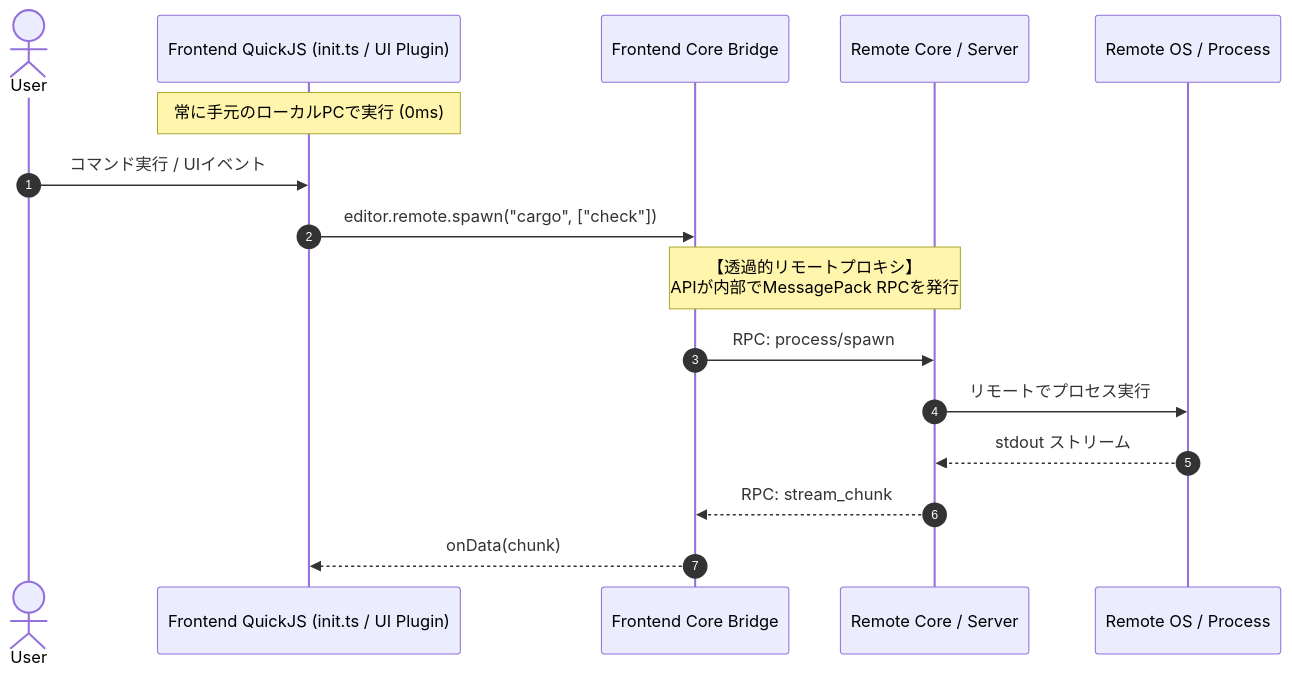
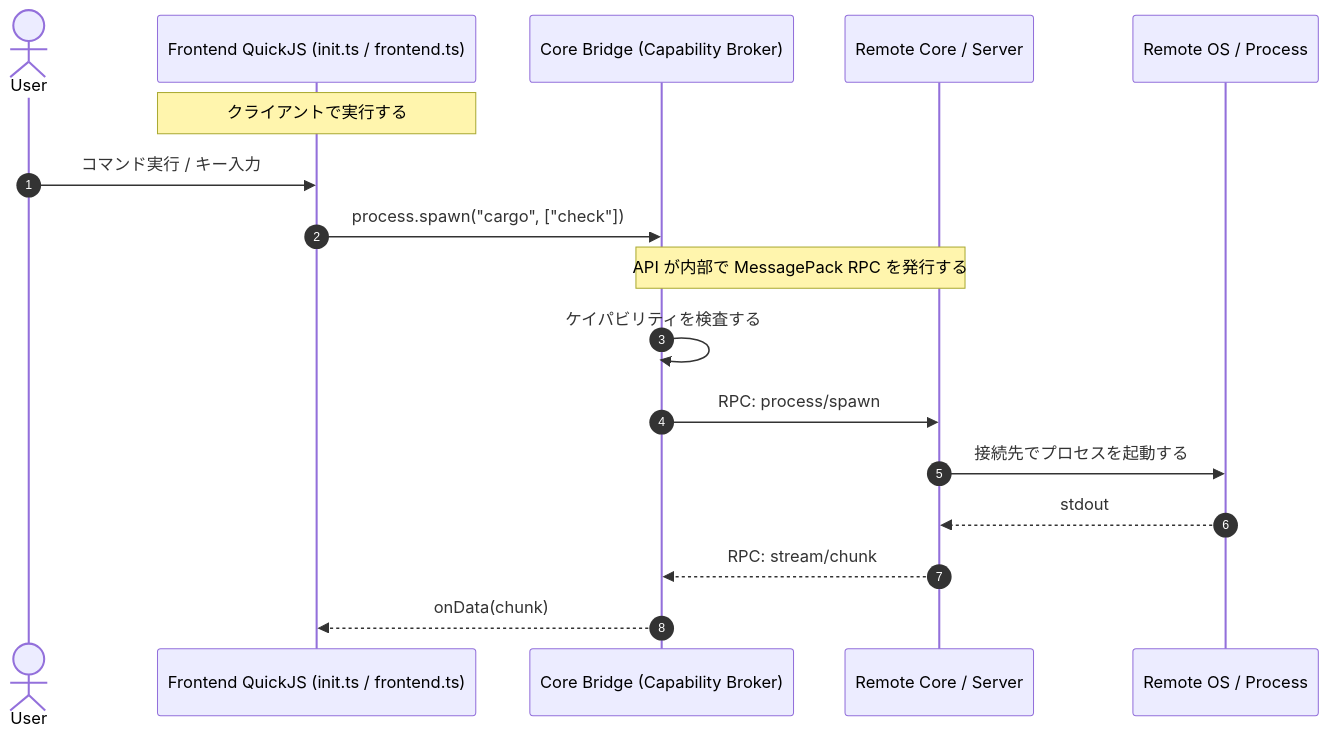
The diagram in docs/plugin-system.md (nazo6/vy), drawn with Mermaid before and after one commit. The commit also changed other lines of this file and 14 other files, not shown here.

````diff
--- a/docs/plugin-system.md
+++ b/docs/plugin-system.md
@@ -41,20 +81,20 @@
 ```mermaid
 sequenceDiagram
     autonumber
     actor User
-    participant FrontendJS as Frontend QuickJS (init.ts / UI Plugin)
-    participant CoreProxy as Frontend Core Bridge
+    participant FrontendJS as Frontend QuickJS (init.ts / frontend.ts)
+    participant Bridge as Core Bridge (Capability Broker)
     participant RemoteServer as Remote Core / Server
     participant OS as Remote OS / Process
 
-    Note over FrontendJS: 常に手元のローカルPCで実行 (0ms)
-    User->>FrontendJS: コマンド実行 / UIイベント
-    FrontendJS->>CoreProxy: editor.remote.spawn("cargo", ["check"])
-    
-    Note over CoreProxy,RemoteServer: 【透過的リモートプロキシ】<br>APIが内部でMessagePack RPCを発行
-    CoreProxy->>RemoteServer: RPC: process/spawn
-    RemoteServer->>OS: リモートでプロセス実行
-    OS-->>RemoteServer: stdout ストリーム
-    RemoteServer-->>CoreProxy: RPC: stream_chunk
-    CoreProxy-->>FrontendJS: onData(chunk)
+    Note over FrontendJS: クライアントで実行する
+    User->>FrontendJS: コマンド実行 / キー入力
+    FrontendJS->>Bridge: process.spawn("cargo", ["check"])
+    Note over Bridge,RemoteServer: API が内部で MessagePack RPC を発行する
+    Bridge->>Bridge: ケイパビリティを検査する
+    Bridge->>RemoteServer: RPC: process/spawn
+    RemoteServer->>OS: 接続先でプロセスを起動する
+    OS-->>RemoteServer: stdout
+    RemoteServer-->>Bridge: RPC: stream/chunk
+    Bridge-->>FrontendJS: onData(chunk)
 ```
````
